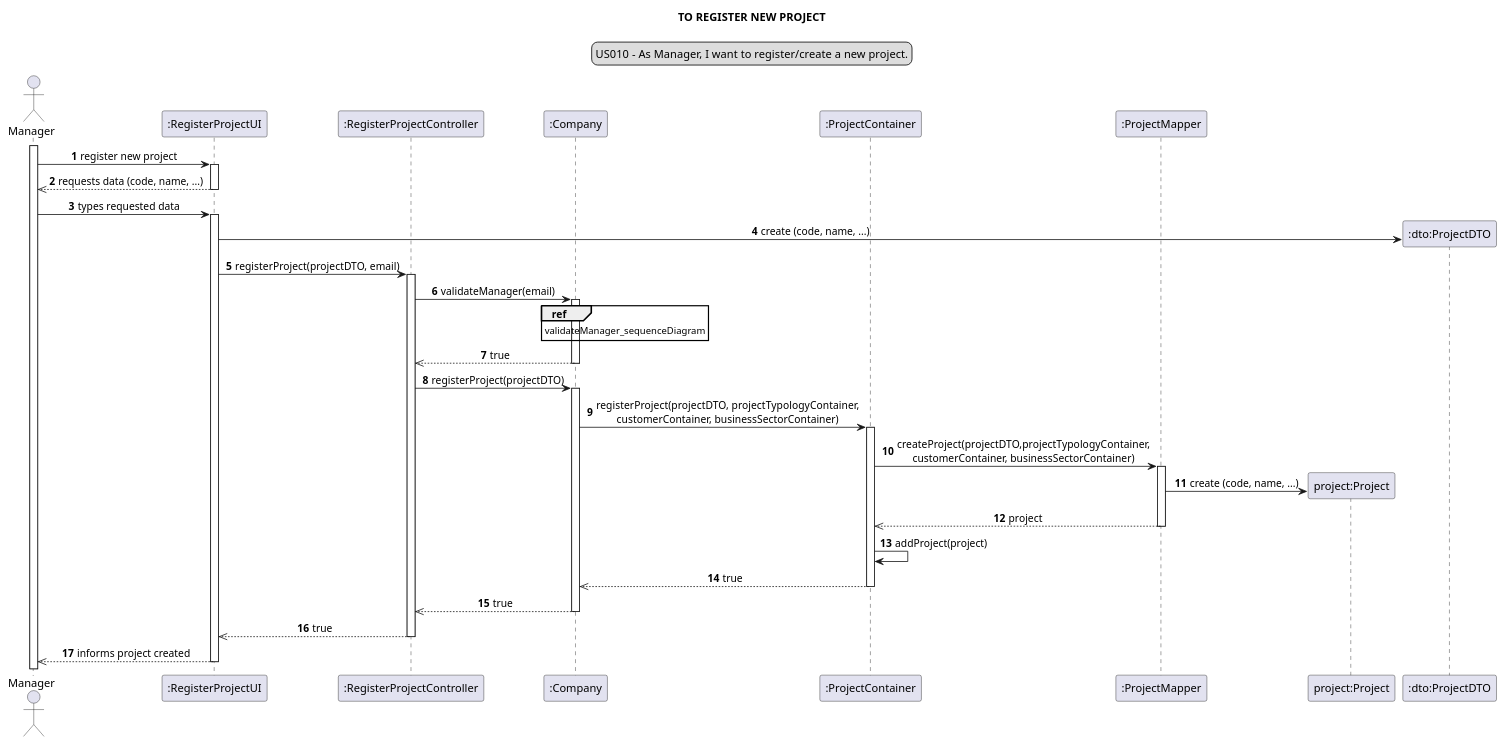
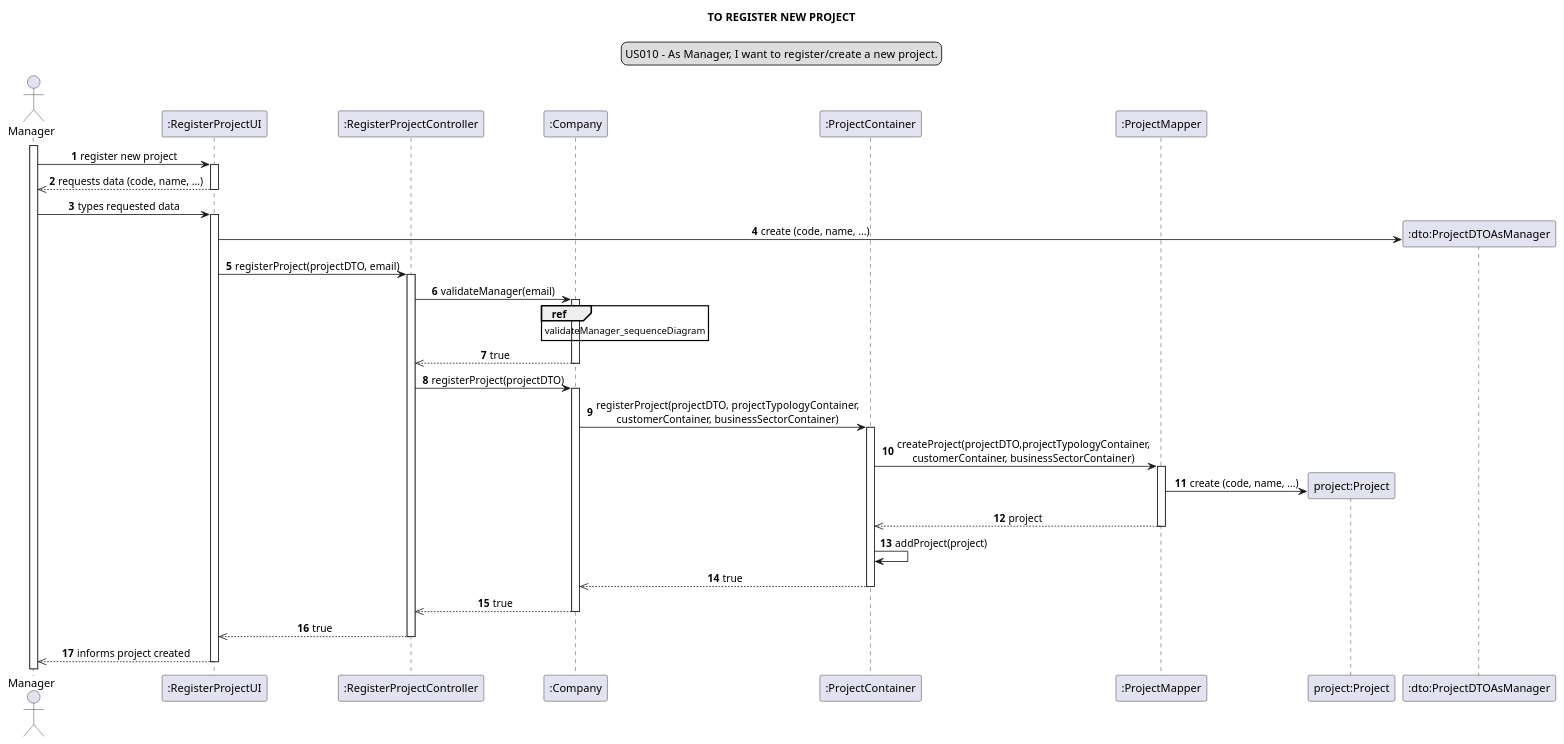
One commit to Loracline/project_switch_22-23 changed the diagram in docs/modelling_design/user_stories/sprint02/us010/US010_sequenceDiagram.puml. Above: the diagram before and after it, drawn with PlantUML. The commit also changed 17 other files, not shown here.

```diff
--- a/docs/modelling_design/user_stories/sprint02/us010/US010_sequenceDiagram.puml
+++ b/docs/modelling_design/user_stories/sprint02/us010/US010_sequenceDiagram.puml
@@ -1,56 +1,56 @@
 @startuml
 
 skinparam sequenceMessageAlign center
 title TO REGISTER NEW PROJECT
 legend top
 US010 - As Manager, I want to register/create a new project.
 end legend
 autonumber
 
 actor Manager as mg
 participant ":RegisterProjectUI" as ui
 participant ":RegisterProjectController" as controller
 participant ":Company" as comp
 participant ":ProjectContainer" as PC
 participant ":ProjectMapper" as mapper
 participant "project:Project" as project
-participant ":dto:ProjectDTO" as dto
+participant ":dto:ProjectDTOAsManager" as dto
 
 activate mg
 mg ->ui : register new project
 activate ui
 ui -->> mg: requests data (code, name, ...)
 deactivate ui
 mg -> ui: types requested data
 activate ui
 create dto
 ui -> dto: create (code, name, ...)
 ui -> controller: registerProject(projectDTO, email)
 activate controller
 
 controller -> comp: validateManager(email)
 ref over comp: validateManager_sequenceDiagram
 activate comp
 comp -->> controller: true
 deactivate comp
 controller -> comp: registerProject(projectDTO)
 activate comp
 comp -> PC : registerProject(projectDTO, projectTypologyContainer,\ncustomerContainer, businessSectorContainer)
 activate PC
 PC -> mapper: createProject(projectDTO,projectTypologyContainer,\ncustomerContainer, businessSectorContainer)
 activate mapper
 create project
 mapper -> project : create (code, name, ...)
 mapper -->> PC: project
 deactivate mapper
 PC -> PC : addProject(project)
 PC -->> comp : true
 deactivate PC
 comp -->>controller: true
 deactivate comp
 controller -->> ui : true
 deactivate controller
 ui -->> mg :  informs project created
 deactivate ui
 
 @enduml
```
